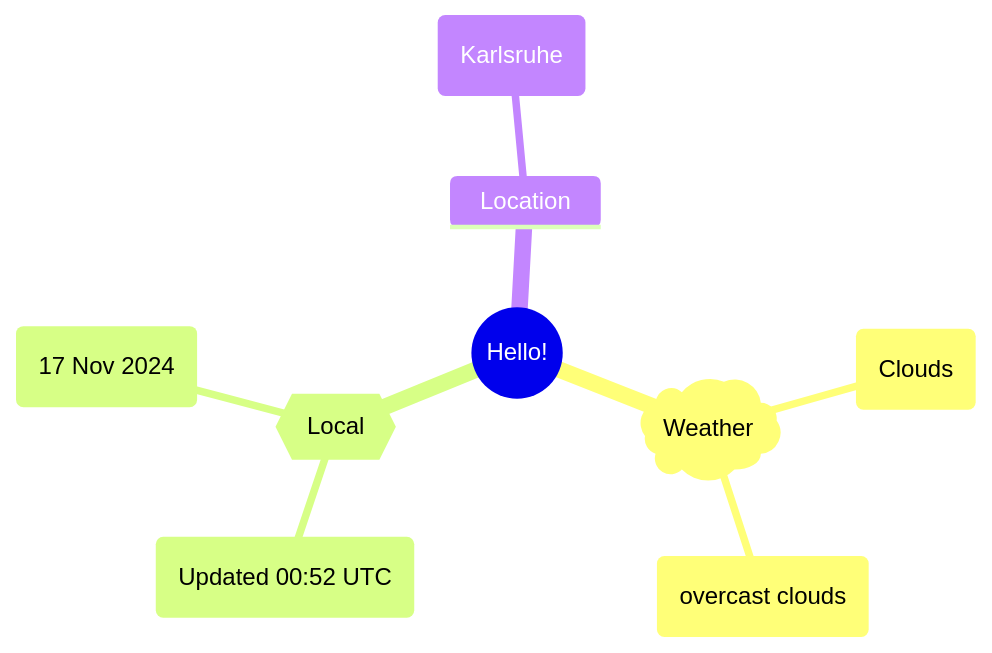
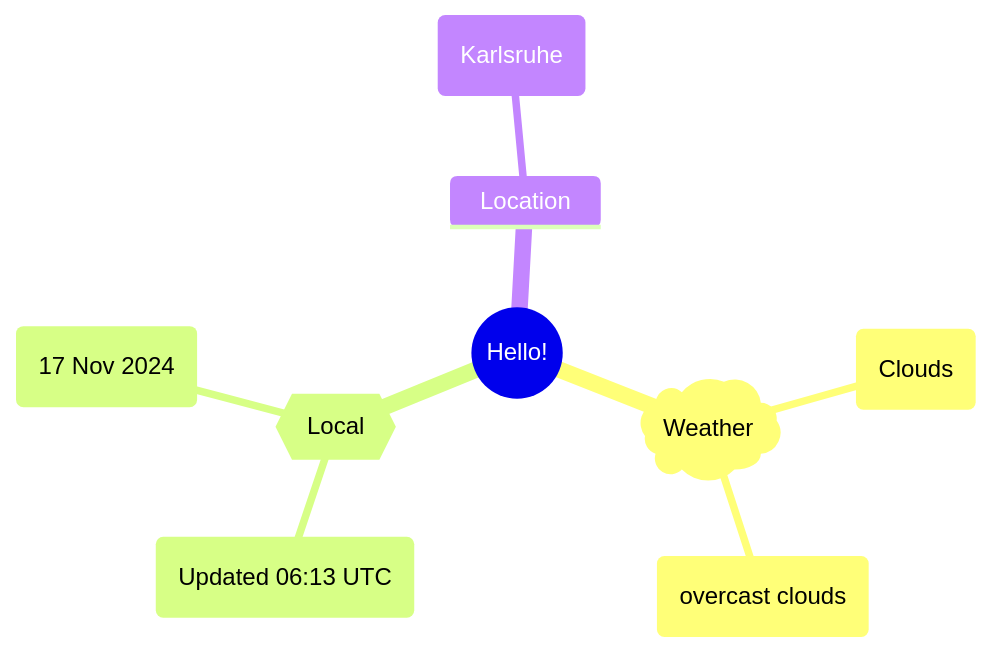
Before and after one commit to Xosrov/Xosrov: the first of 2 diagrams in README.md, drawn with Mermaid.

Commit message:
[bot] updated images

````diff
--- a/README.md
+++ b/README.md
@@ -3,12 +3,12 @@
 ```mermaid
 mindmap
   root((Hello!))
     )Weather(
         (Clouds)
         (overcast clouds)
     {{Local}}
-        (Updated 00:52 UTC)
+        (Updated 06:13 UTC)
         (17 Nov 2024)
     Location
         (Karlsruhe)
 ```
````
